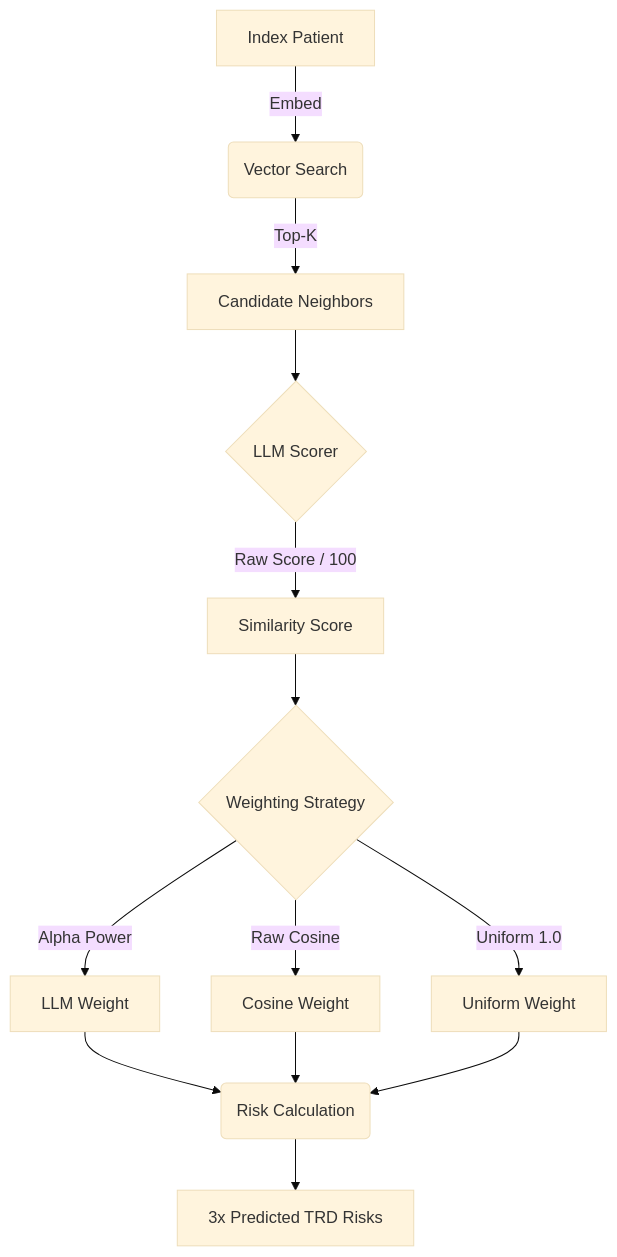
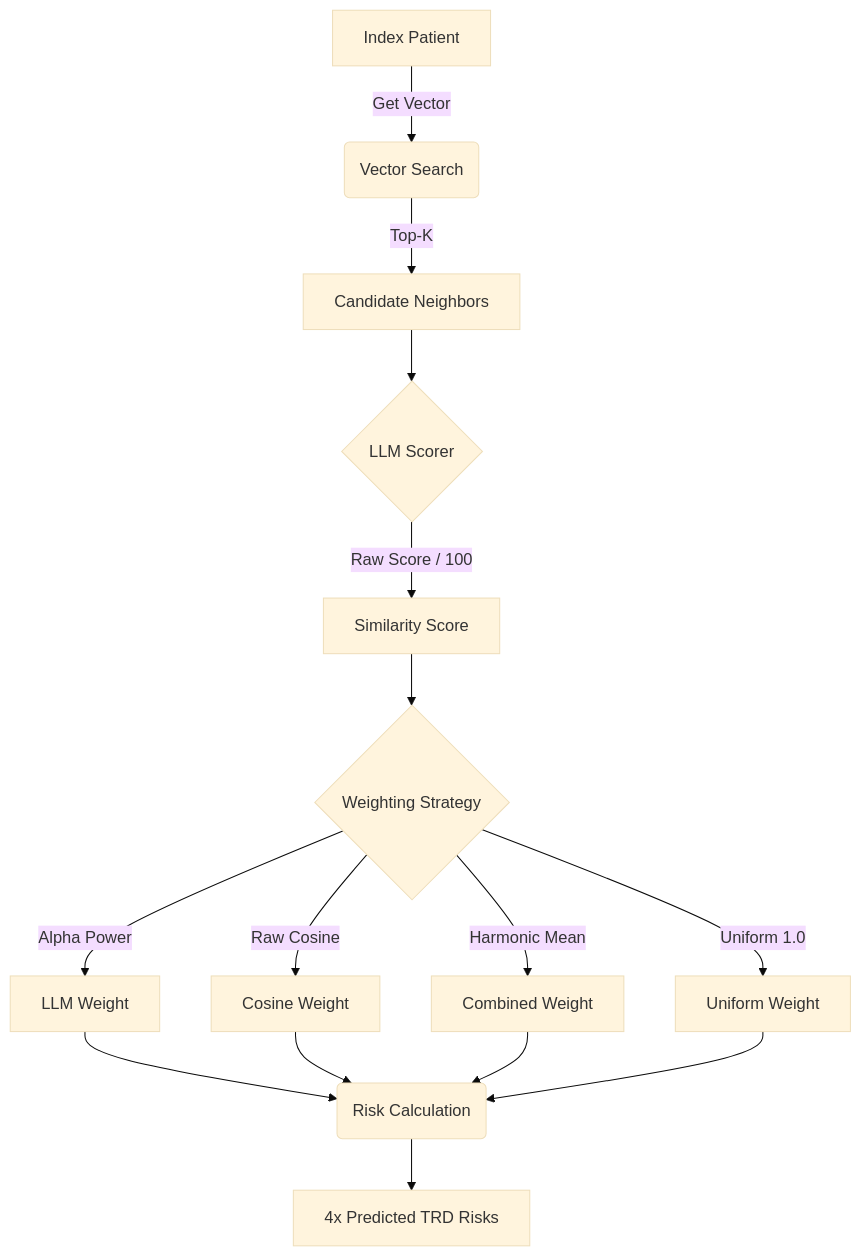
The second of 2 diagrams in research/TRD-EHR/README.md (Pirate-Hunter-Zoro/Atlas), drawn with Mermaid (base theme) before and after one commit. The commit also changed other lines of this file and 3 other files, not shown here.

````diff
--- a/research/TRD-EHR/README.md
+++ b/research/TRD-EHR/README.md
@@ -104,16 +126,17 @@
 ```mermaid
 graph TD
-    A[Index Patient] -->|Embed| B(Vector Search)
+    A[Index Patient] -->|Get Vector| B(Vector Search)
     B -->|Top-K| C[Candidate Neighbors]
     C --> D{LLM Scorer}
     D -->|Raw Score / 100| E[Similarity Score]
     E --> F{Weighting Strategy}
     F -->|Alpha Power| G[LLM Weight]
     F -->|Raw Cosine| H[Cosine Weight]
-    F -->|Uniform 1.0| I[Uniform Weight]
-    G --> J(Risk Calculation)
-    H --> J
-    I --> J
-    J --> K[3x Predicted TRD Risks]
-
+    F -->|Harmonic Mean| I[Combined Weight]
+    F -->|Uniform 1.0| J[Uniform Weight]
+    G --> K(Risk Calculation)
+    H --> K
+    I --> K
+    J --> K
+    K --> L[4x Predicted TRD Risks]
 ```
````
